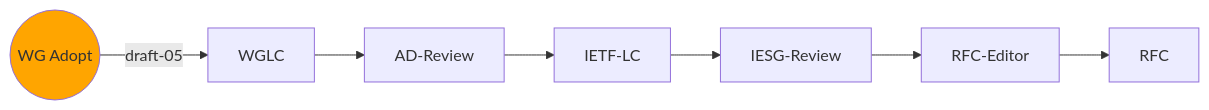
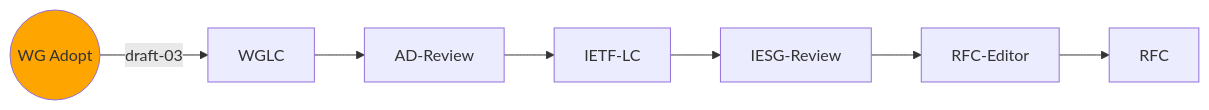
Before and after one commit to ietf-wg-httpapi/ietf-wg-httpapi.github.io: the fifth of 13 diagrams in index.md, drawn with Mermaid. The commit also changed other lines of this file, not shown here.

````diff
--- a/index.md
+++ b/index.md
@@ -112,13 +86,13 @@
 ```mermaid
 graph LR
     classDef current fill:orange
     classDef lastIETF fill:pink
 
-    WG-Adopt((WG Adopt)) --draft-05--> WGLC
+    WG-Adopt((WG Adopt)) --draft-03--> WGLC
     class WG-Adopt current
     WGLC --> AD-Review
     AD-Review --> IETF-LC
     IETF-LC --> IESG-Review
     IESG-Review --> RFC-Editor
     RFC-Editor --> RFC
 ```
````
